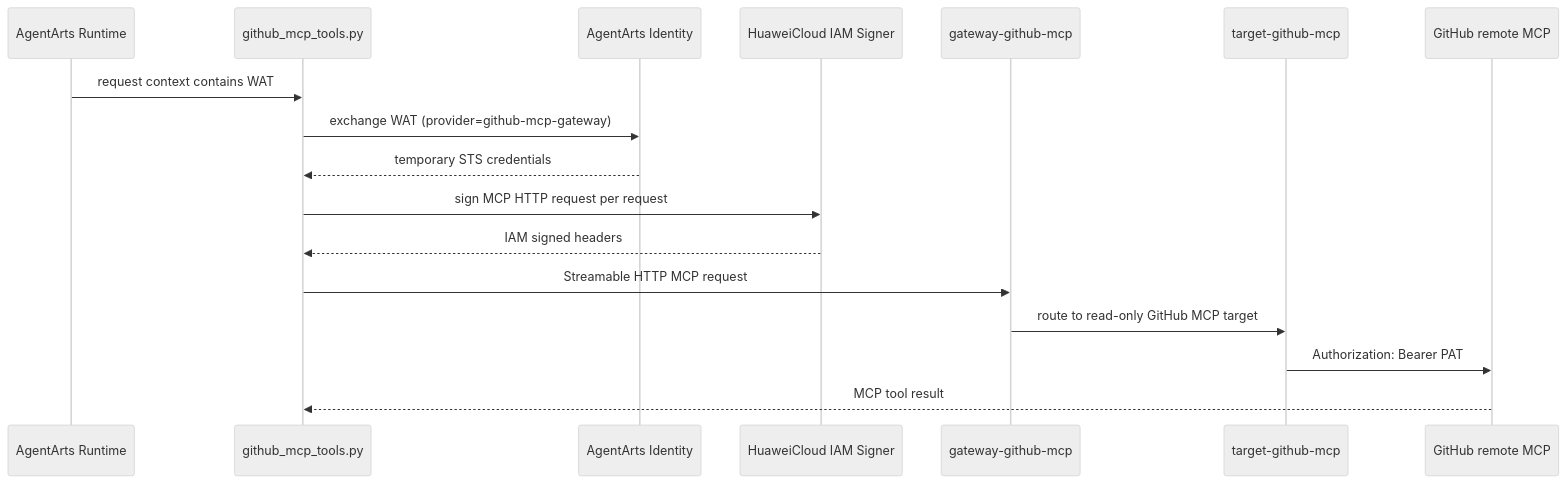
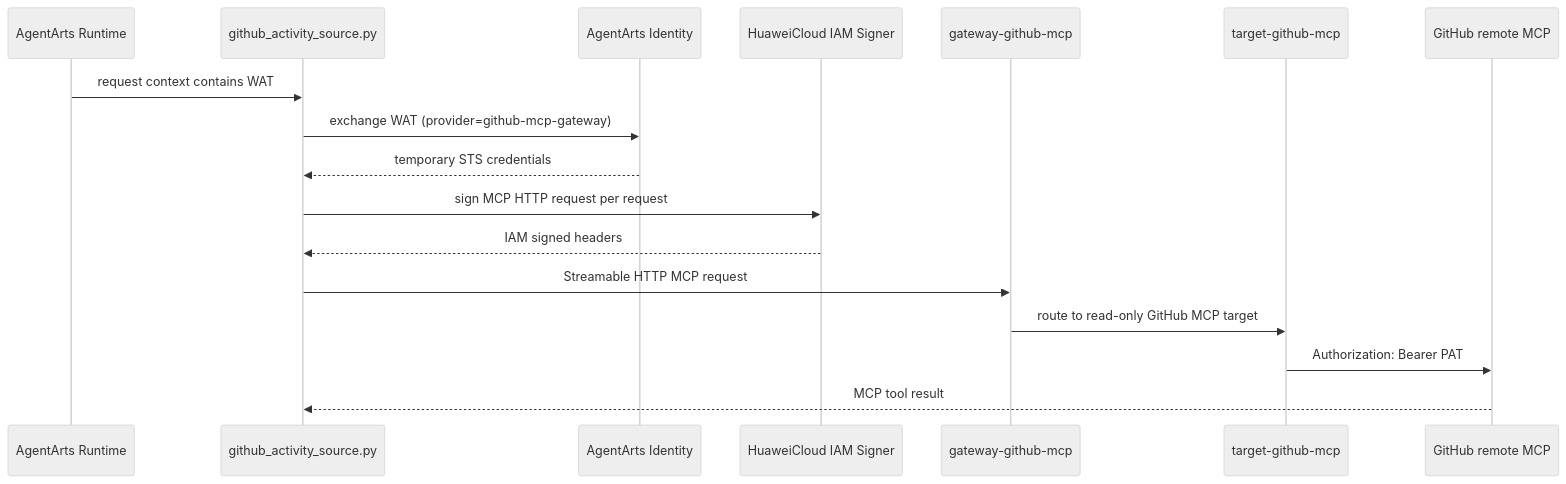
Before and after one commit to T-1009/personal-assistant: the fourth of 5 diagrams in personal-assistant-meta/architecture/backend_architecture.md, drawn with Mermaid (neutral theme). The commit also changed other lines of this file and 24 other files, not shown here.

Commit message:
fix(Feature-17): align GitHub MCP source and Agent tool contracts and improve PR activity queries

````diff
--- a/personal-assistant-meta/architecture/backend_architecture.md
+++ b/personal-assistant-meta/architecture/backend_architecture.md
@@ -466,20 +466,20 @@
 ```mermaid
 sequenceDiagram
     participant Runtime as AgentArts Runtime
-    participant Source as github_mcp_tools.py
+    participant Source as github_activity_source.py
     participant Identity as AgentArts Identity
     participant Signer as HuaweiCloud IAM Signer
     participant Gateway as gateway-github-mcp
     participant Target as target-github-mcp
     participant GitHub as GitHub remote MCP
 
     Runtime->>Source: request context contains WAT
     Source->>Identity: exchange WAT (provider=github-mcp-gateway)
     Identity-->>Source: temporary STS credentials
     Source->>Signer: sign MCP HTTP request per request
     Signer-->>Source: IAM signed headers
     Source->>Gateway: Streamable HTTP MCP request
     Gateway->>Target: route to read-only GitHub MCP target
     Target->>GitHub: Authorization: Bearer PAT
     GitHub-->>Source: MCP tool result
 ```
````
